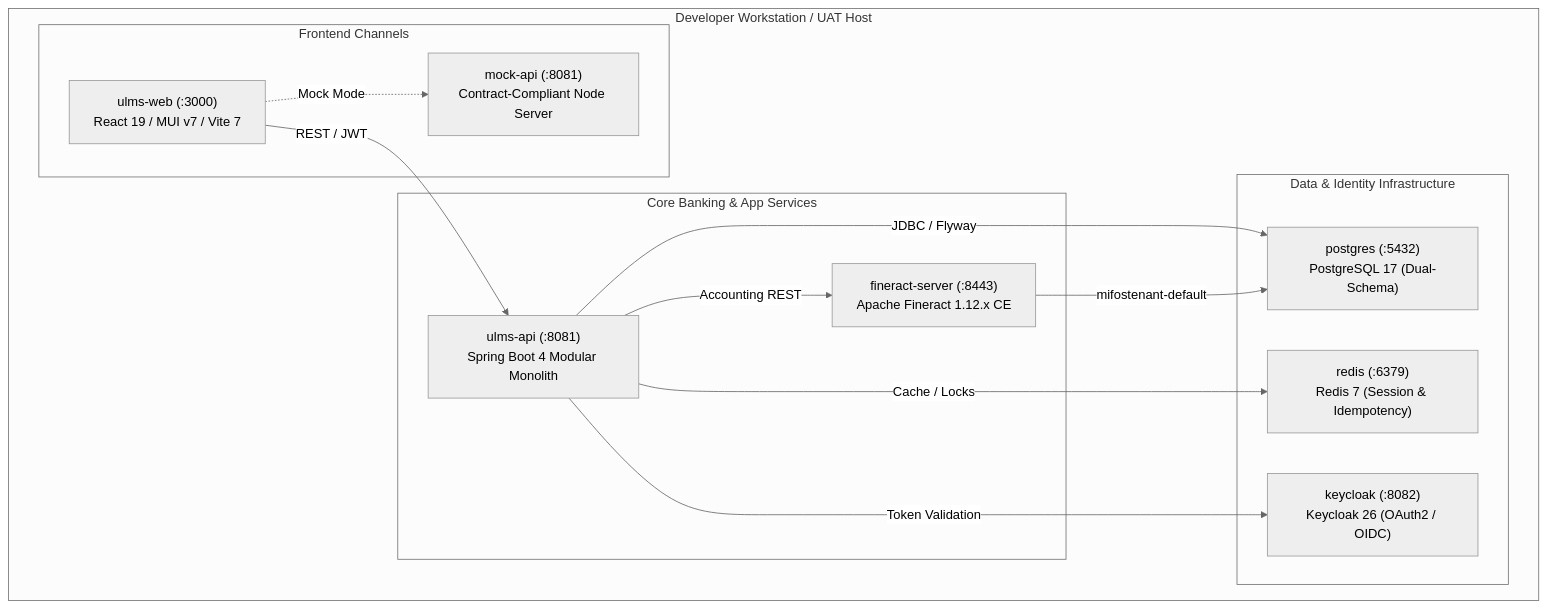
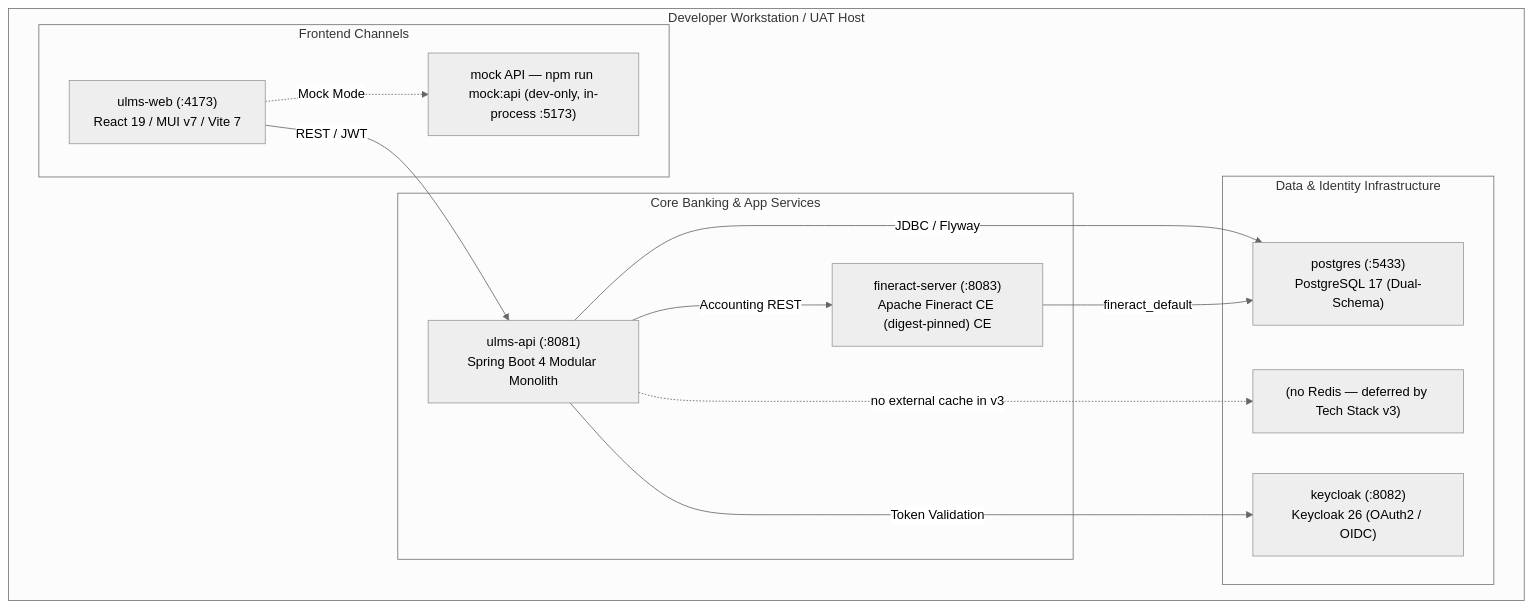
One commit to maz279/ulms changed the diagram in technical_document/04_deployment/DOC-04-DEP-06_Local_Developer_and_UAT_Docker_Compose_Environment_Guide.md. Above: the diagram before and after it, drawn with Mermaid (neutral theme). The commit also changed other lines of this file and 128 other files, not shown here.

````diff
--- a/technical_document/04_deployment/DOC-04-DEP-06_Local_Developer_and_UAT_Docker_Compose_Environment_Guide.md
+++ b/technical_document/04_deployment/DOC-04-DEP-06_Local_Developer_and_UAT_Docker_Compose_Environment_Guide.md
@@ -30,25 +30,25 @@
 ```mermaid
 flowchart TD
     subgraph Host ["Developer Workstation / UAT Host"]
         subgraph Web_Tier ["Frontend Channels"]
-            WEB["ulms-web (:3000)<br/>React 19 / MUI v7 / Vite 7"]
-            MOCK["mock-api (:8081)<br/>Contract-Compliant Node Server"]
+            WEB["ulms-web (:4173)<br/>React 19 / MUI v7 / Vite 7"]
+            MOCK["mock API — npm run mock:api (dev-only, in-process :5173)"]
         end
         subgraph Core_Tier ["Core Banking & App Services"]
             API["ulms-api (:8081)<br/>Spring Boot 4 Modular Monolith"]
-            FIN["fineract-server (:8443)<br/>Apache Fineract 1.12.x CE"]
+            FIN["fineract-server (:8083)<br/>Apache Fineract CE (digest-pinned) CE"]
         end
         subgraph Infra_Tier ["Data & Identity Infrastructure"]
-            PG["postgres (:5432)<br/>PostgreSQL 17 (Dual-Schema)"]
-            RD["redis (:6379)<br/>Redis 7 (Session & Idempotency)"]
+            PG["postgres (:5433)<br/>PostgreSQL 17 (Dual-Schema)"]
+            RD["(no Redis — deferred by Tech Stack v3)"]
             KC["keycloak (:8082)<br/>Keycloak 26 (OAuth2 / OIDC)"]
         end
     end
     WEB -->|REST / JWT| API
     WEB -.->|Mock Mode| MOCK
     API -->|JDBC / Flyway| PG
-    API -->|Cache / Locks| RD
+    API -.->|no external cache in v3| RD
     API -->|Token Validation| KC
     API -->|Accounting REST| FIN
-    FIN -->|mifostenant-default| PG
+    FIN -->|fineract_default| PG
 ```
````
